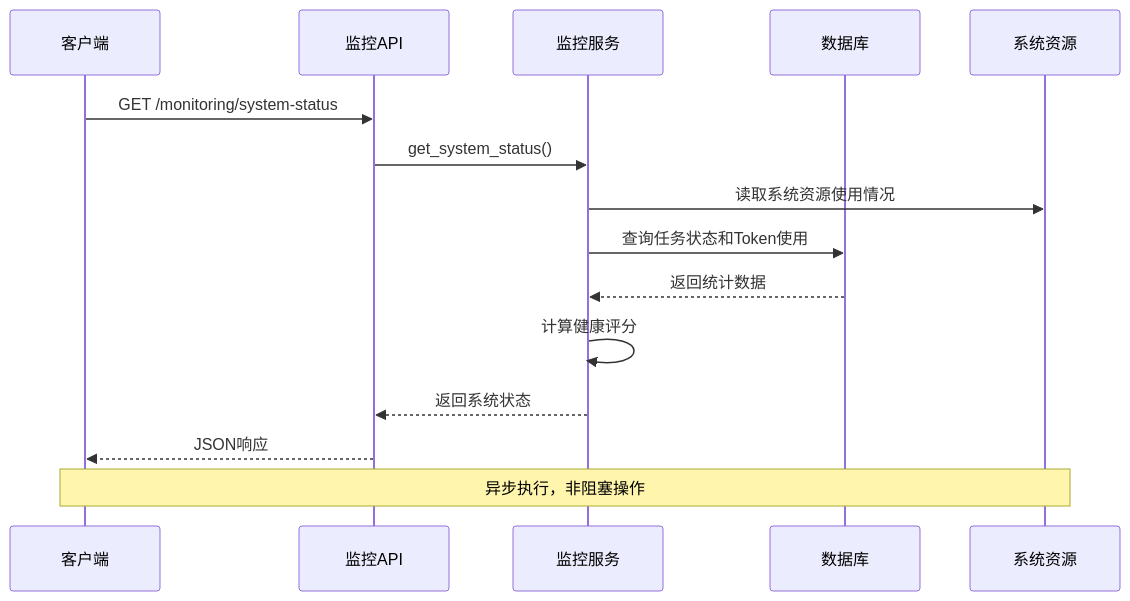
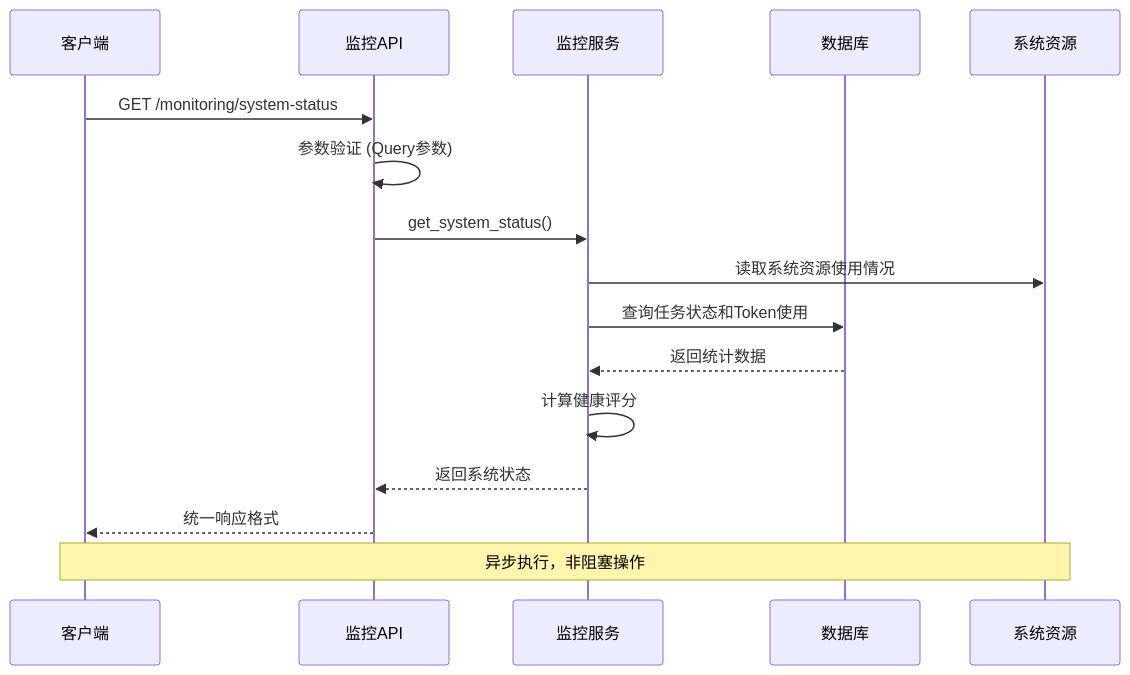
One commit to xfbyxq/ai-novel-system changed the fourth of 9 diagrams in .qoder/repowiki/zh/content/API接口文档/系统监控API.md. Above: the diagram before and after it, drawn with Mermaid. The commit also changed other lines of this file and 84 other files, not shown here.

````diff
--- a/.qoder/repowiki/zh/content/API接口文档/系统监控API.md
+++ b/.qoder/repowiki/zh/content/API接口文档/系统监控API.md
@@ -177,17 +184,18 @@
 ```mermaid
 sequenceDiagram
 participant Client as 客户端
 participant API as 监控API
 participant Service as 监控服务
 participant DB as 数据库
 participant System as 系统资源
 Client->>API : GET /monitoring/system-status
+API->>API : 参数验证 (Query参数)
 API->>Service : get_system_status()
 Service->>System : 读取系统资源使用情况
 Service->>DB : 查询任务状态和Token使用
 DB-->>Service : 返回统计数据
 Service->>Service : 计算健康评分
 Service-->>API : 返回系统状态
-API-->>Client : JSON响应
+API-->>Client : 统一响应格式
 Note over Client,System : 异步执行，非阻塞操作
 ```
````
